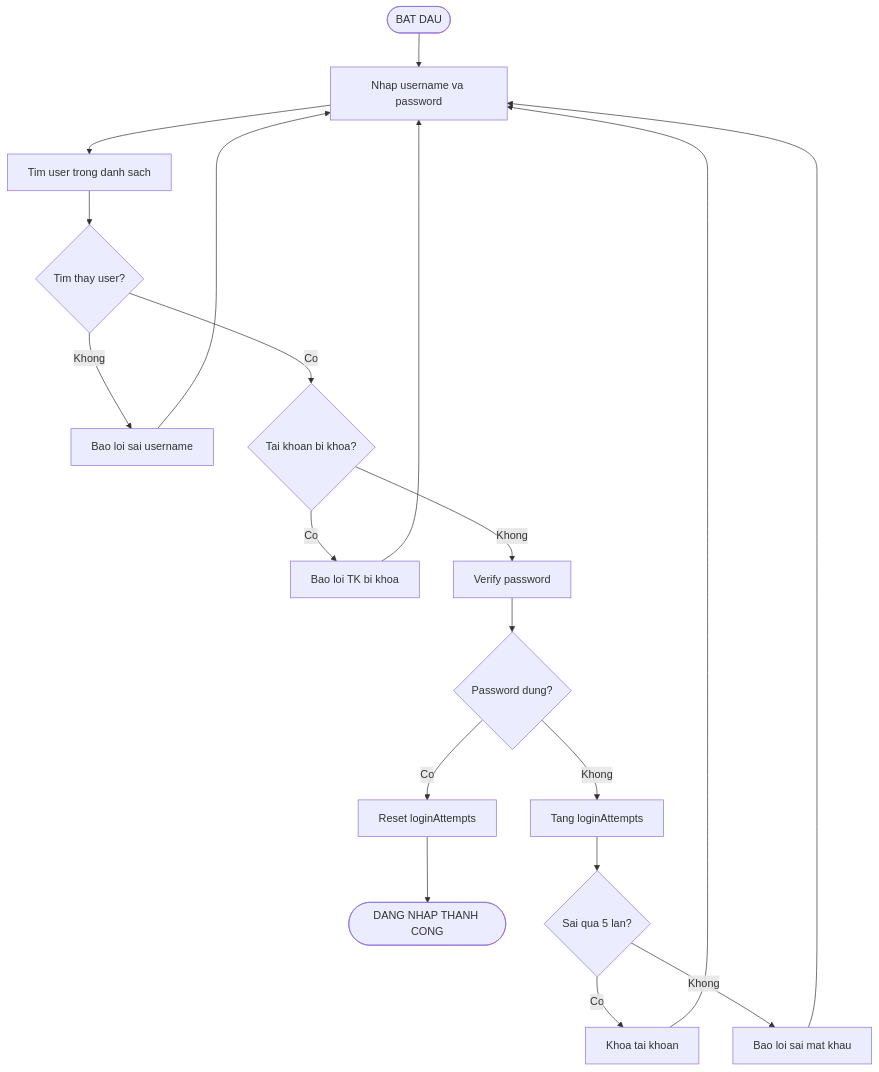
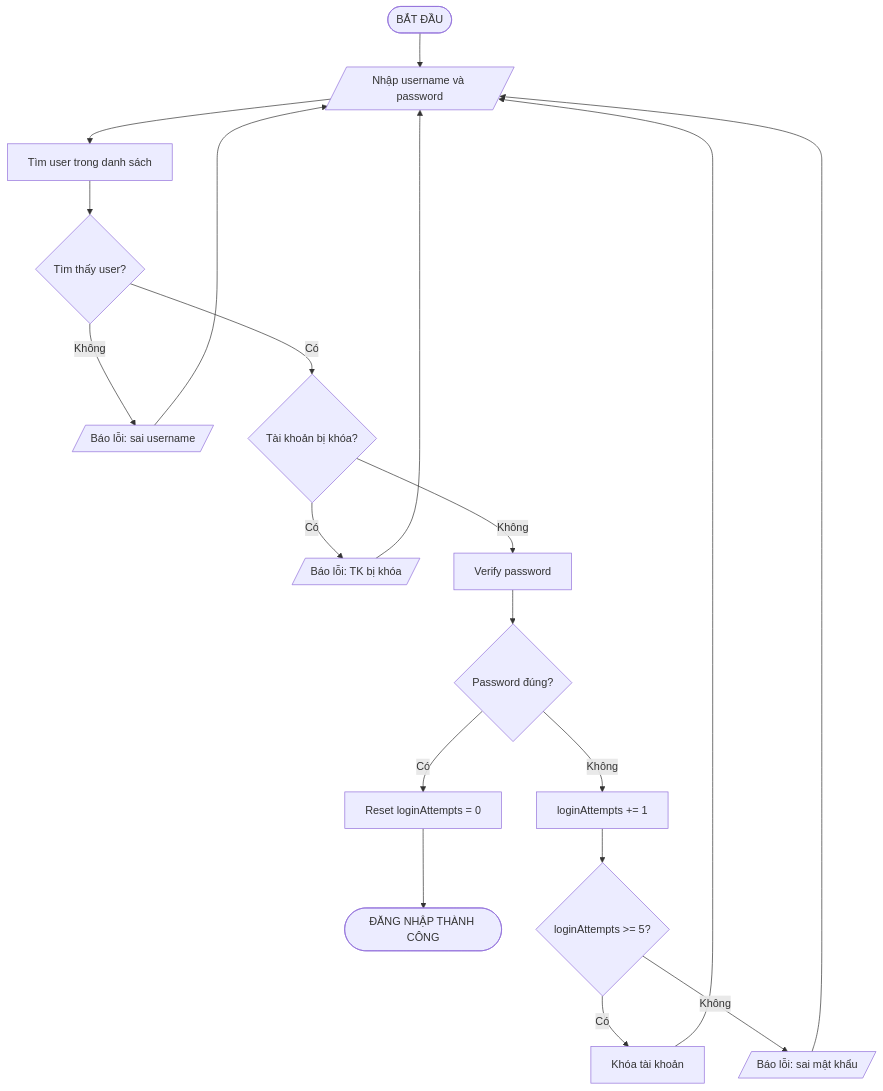
One commit to phucphuc2006/pro-192 changed the second of 20 diagrams in docs/Flowcharts/Flowcharts.md. Above: the diagram before and after it, drawn with Mermaid. The commit also changed other lines of this file, not shown here.

Commit message:
Restore original Mermaid flowcharts

````diff
--- a/docs/Flowcharts/Flowcharts.md
+++ b/docs/Flowcharts/Flowcharts.md
@@ -23,21 +33,21 @@
 ```mermaid
 flowchart TD
-    A(["BAT DAU"]) --> B["Nhap username va password"]
-    B --> C["Tim user trong danh sach"]
-    C --> D{"Tim thay user?"}
-    D -->|Khong| E["Bao loi sai username"]
+    A([BẮT ĐẦU]) --> B[/Nhập username và password/]
+    B --> C[Tìm user trong danh sách]
+    C --> D{Tìm thấy user?}
+    D -->|Không| E[/Báo lỗi: sai username/]
     E --> B
-    D -->|Co| F{"Tai khoan bi khoa?"}
-    F -->|Co| G["Bao loi TK bi khoa"]
+    D -->|Có| F{Tài khoản bị khóa?}
+    F -->|Có| G[/Báo lỗi: TK bị khóa/]
     G --> B
-    F -->|Khong| H["Verify password"]
-    H --> I{"Password dung?"}
-    I -->|Co| J["Reset loginAttempts"]
-    J --> K(["DANG NHAP THANH CONG"])
-    I -->|Khong| L["Tang loginAttempts"]
-    L --> M{"Sai qua 5 lan?"}
-    M -->|Co| N["Khoa tai khoan"]
+    F -->|Không| H[Verify password]
+    H --> I{Password đúng?}
+    I -->|Có| J[Reset loginAttempts = 0]
+    J --> K([ĐĂNG NHẬP THÀNH CÔNG])
+    I -->|Không| L[loginAttempts += 1]
+    L --> M{loginAttempts >= 5?}
+    M -->|Có| N[Khóa tài khoản]
     N --> B
-    M -->|Khong| O["Bao loi sai mat khau"]
+    M -->|Không| O[/Báo lỗi: sai mật khẩu/]
     O --> B
 ```
````
